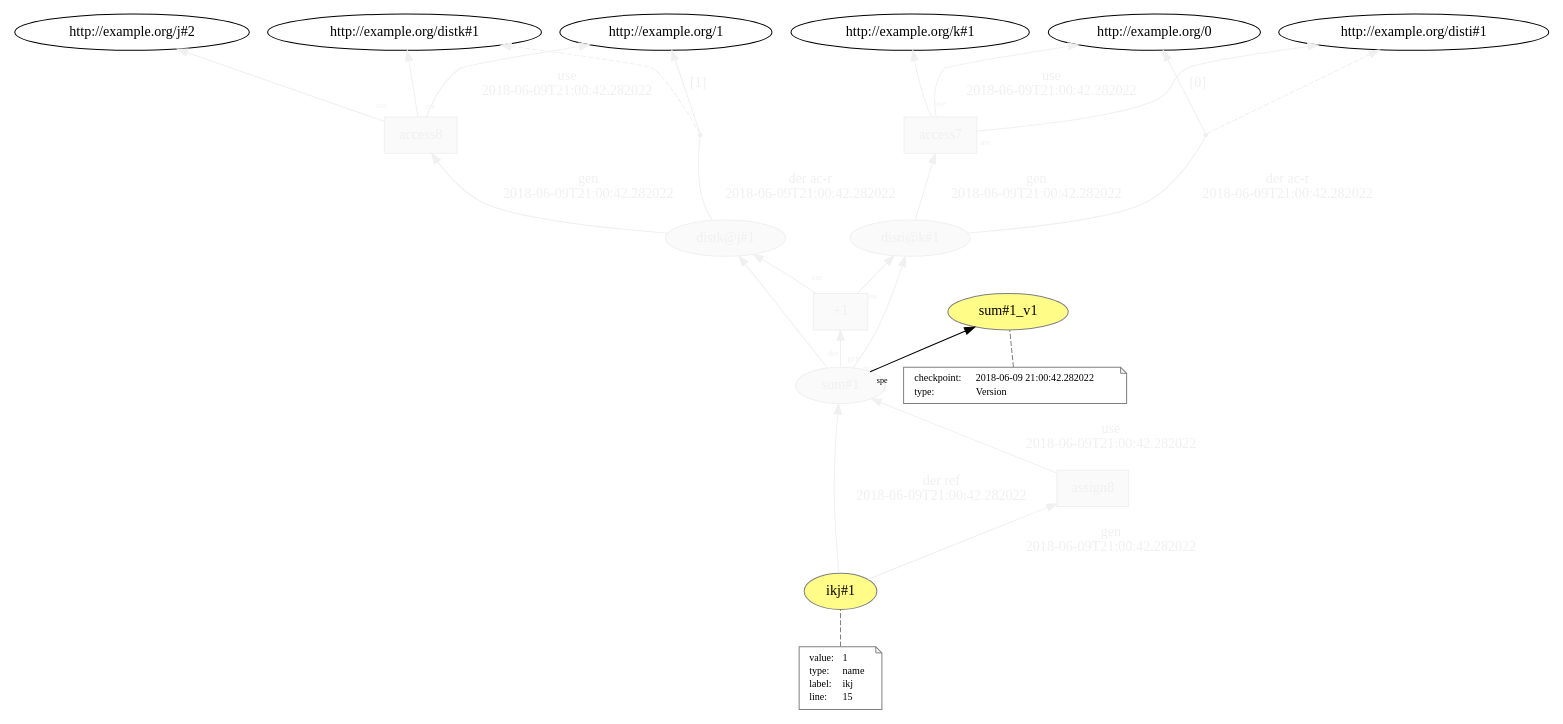
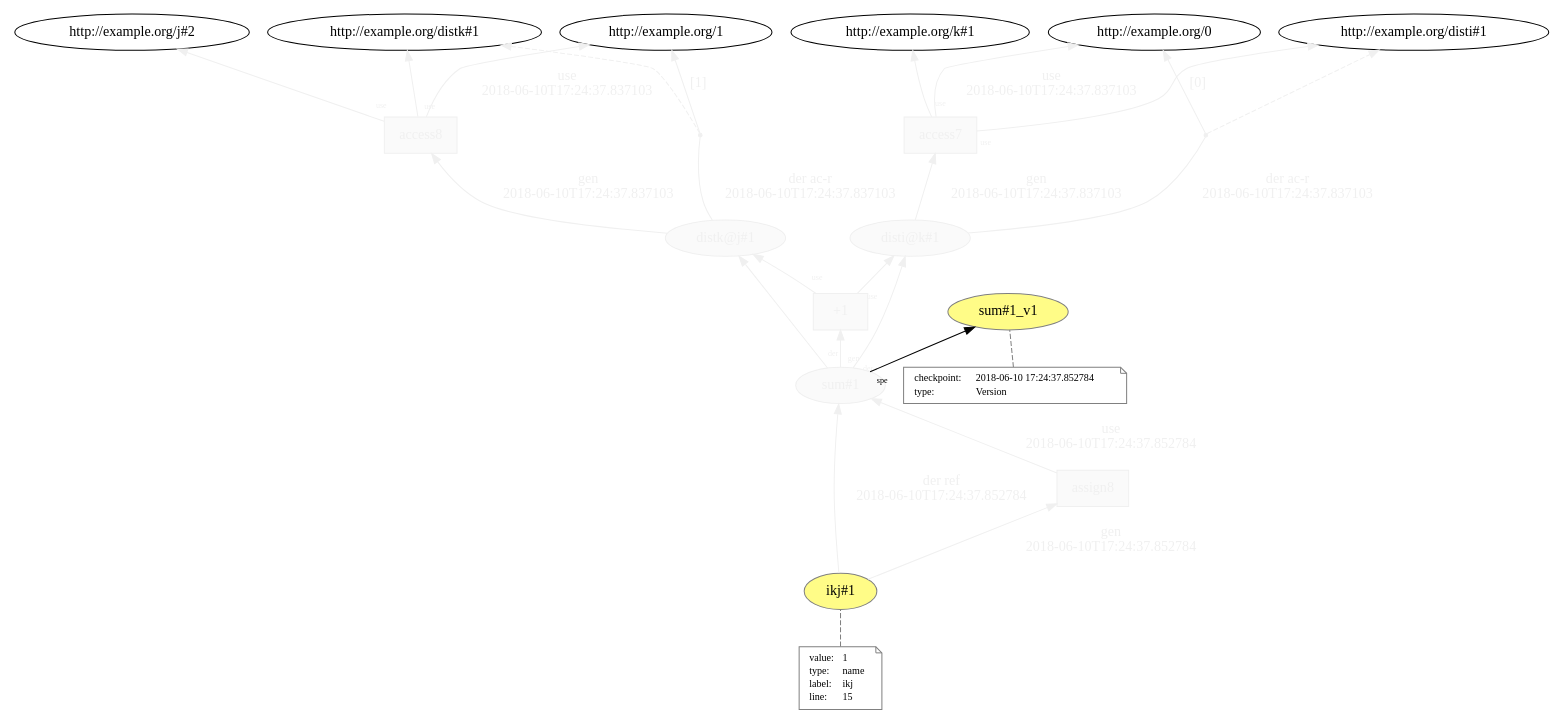
One commit to dew-uff/versioned-prov changed the diagram in generated/intertwined_prov/temp/L15__access__access__operation__assign.dot. Above: the diagram before and after it, drawn with Graphviz. The commit also changed 947 other files, not shown here.

```diff
--- a/generated/intertwined_prov/temp/L15__access__access__operation__assign.dot
+++ b/generated/intertwined_prov/temp/L15__access__access__operation__assign.dot
@@ -1,75 +1,75 @@
 digraph "PROV" { size="16,12"; rankdir="BT";
 "http://example.org/disti@k#1" [fillcolor="#FAFAFA",color="#F0F0F0",style="filled",fontcolor="#F0F0F0",label="disti@k#1",URL="http://example.org/disti@k#1"]
 "http://example.org/access7" [fillcolor="#FAFAFA",color="#F0F0F0",shape="polygon",sides="4",style="filled",fontcolor="#F0F0F0",label="access7",URL="http://example.org/access7"]
 "bn0" [shape="point",label="",fontcolor="#F0F0F0",color="#F0F0F0"]
 "http://example.org/disti@k#1" -> "bn0" [fontsize="14",distance="1.5",angle="60.0",rotation="20",label="der ac-r
-2018-06-09T21:00:42.282022",arrowhead="none",fontcolor="#F0F0F0",color="#F0F0F0"]
+2018-06-10T17:24:37.837103",arrowhead="none",fontcolor="#F0F0F0",color="#F0F0F0"]
 "bn0" -> "http://example.org/disti#1" [style="dashed",fontcolor="#F0F0F0",color="#F0F0F0"]
 "bn0" -> "http://example.org/0" [fontsize="14",distance="1.5",angle="60.0",rotation="20",label="[0]",fontcolor="#F0F0F0",color="#F0F0F0"]
 "http://example.org/access7" -> "http://example.org/disti#1" [labelfontsize="8",labeldistance="1.5",labelangle="60.0",rotation="20",taillabel="use",fontcolor="#F0F0F0",color="#F0F0F0"]
 "http://example.org/access7" -> "http://example.org/k#1" [labelfontsize="8",labeldistance="1.5",labelangle="60.0",rotation="20",taillabel="use",fontcolor="#F0F0F0",color="#F0F0F0"]
 "http://example.org/distk@j#1" [fillcolor="#FAFAFA",color="#F0F0F0",style="filled",fontcolor="#F0F0F0",label="distk@j#1",URL="http://example.org/distk@j#1"]
 "http://example.org/access8" [fillcolor="#FAFAFA",color="#F0F0F0",shape="polygon",sides="4",style="filled",fontcolor="#F0F0F0",label="access8",URL="http://example.org/access8"]
 "bn1" [shape="point",label="",fontcolor="#F0F0F0",color="#F0F0F0"]
 "http://example.org/distk@j#1" -> "bn1" [fontsize="14",distance="1.5",angle="60.0",rotation="20",label="der ac-r
-2018-06-09T21:00:42.282022",arrowhead="none",fontcolor="#F0F0F0",color="#F0F0F0"]
+2018-06-10T17:24:37.837103",arrowhead="none",fontcolor="#F0F0F0",color="#F0F0F0"]
 "bn1" -> "http://example.org/distk#1" [style="dashed",fontcolor="#F0F0F0",color="#F0F0F0"]
 "bn1" -> "http://example.org/1" [fontsize="14",distance="1.5",angle="60.0",rotation="20",label="[1]",fontcolor="#F0F0F0",color="#F0F0F0"]
 "http://example.org/access8" -> "http://example.org/distk#1" [labelfontsize="8",labeldistance="1.5",labelangle="60.0",rotation="20",taillabel="use",fontcolor="#F0F0F0",color="#F0F0F0"]
 "http://example.org/access8" -> "http://example.org/j#2" [labelfontsize="8",labeldistance="1.5",labelangle="60.0",rotation="20",taillabel="use",fontcolor="#F0F0F0",color="#F0F0F0"]
 "http://example.org/sum#1" [fillcolor="#FAFAFA",color="#F0F0F0",style="filled",fontcolor="#F0F0F0",label="sum#1",URL="http://example.org/sum#1"]
 "http://example.org/sum#1_v1" [fillcolor="#FFFC87",color="#808080",style="filled",label="sum#1_v1",URL="http://example.org/sum#1_v1"]
 "http://example.org/sum#1_v1-attrs" [color="gray",shape="note",fontsize="10",fontcolor="black",label=<<TABLE cellpadding="0" border="0">
 	<TR>
 	    <TD align="left">checkpoint:</TD>
-	    <TD align="left">2018-06-09 21:00:42.282022</TD>
+	    <TD align="left">2018-06-10 17:24:37.852784</TD>
 	</TR>
 	<TR>
 	    <TD align="left">type:</TD>
 	    <TD align="left">Version</TD>
 	</TR>
 </TABLE>>]
 "http://example.org/sum#1_v1-attrs" -> "http://example.org/sum#1_v1" [color="gray",style="dashed",arrowhead="none"]
 "http://example.org/sum#1" -> "http://example.org/sum#1_v1" [labelfontsize="8",labeldistance="1.5",labelangle="60.0",rotation="20",taillabel="spe"]
 "http://example.org/+1" [fillcolor="#FAFAFA",color="#F0F0F0",shape="polygon",sides="4",style="filled",fontcolor="#F0F0F0",label="+1",URL="http://example.org/+1"]
 "http://example.org/sum#1" -> "http://example.org/disti@k#1" [labelfontsize="8",labeldistance="1.5",labelangle="60.0",rotation="20",taillabel="der",fontcolor="#F0F0F0",color="#F0F0F0"]
 "http://example.org/sum#1" -> "http://example.org/distk@j#1" [labelfontsize="8",labeldistance="1.5",labelangle="60.0",rotation="20",taillabel="der",fontcolor="#F0F0F0",color="#F0F0F0"]
 "http://example.org/ikj#1" [fillcolor="#FFFC87",color="#808080",style="filled",label="ikj#1",URL="http://example.org/ikj#1"]
 "http://example.org/ikj#1-attrs" [color="gray",shape="note",fontsize="10",fontcolor="black",label=<<TABLE cellpadding="0" border="0">
 	<TR>
 	    <TD align="left">value:</TD>
 	    <TD align="left">1</TD>
 	</TR>
 	<TR>
 	    <TD align="left">type:</TD>
 	    <TD align="left">name</TD>
 	</TR>
 	<TR>
 	    <TD align="left">label:</TD>
 	    <TD align="left">ikj</TD>
 	</TR>
 	<TR>
 	    <TD align="left">line:</TD>
 	    <TD align="left">15</TD>
 	</TR>
 </TABLE>>]
 "http://example.org/ikj#1-attrs" -> "http://example.org/ikj#1" [color="gray",style="dashed",arrowhead="none"]
 "http://example.org/assign8" [fillcolor="#FAFAFA",color="#F0F0F0",shape="polygon",sides="4",style="filled",fontcolor="#F0F0F0",label="assign8",URL="http://example.org/assign8"]
 "http://example.org/ikj#1" -> "http://example.org/sum#1" [fontsize="14",distance="1.5",angle="60.0",rotation="20",label="der ref
-2018-06-09T21:00:42.282022",fontcolor="#F0F0F0",color="#F0F0F0"]
+2018-06-10T17:24:37.852784",fontcolor="#F0F0F0",color="#F0F0F0"]
+"http://example.org/+1" -> "http://example.org/distk@j#1" [labelfontsize="8",labeldistance="1.5",labelangle="60.0",rotation="20",taillabel="use",fontcolor="#F0F0F0",color="#F0F0F0"]
+"http://example.org/assign8" -> "http://example.org/sum#1" [fontsize="14",distance="1.5",angle="60.0",rotation="20",label="use
+2018-06-10T17:24:37.852784",fontcolor="#F0F0F0",color="#F0F0F0"]
 "http://example.org/access7" -> "http://example.org/0" [fontsize="14",distance="1.5",angle="60.0",rotation="20",label="use
-2018-06-09T21:00:42.282022",fontcolor="#F0F0F0",color="#F0F0F0"]
+2018-06-10T17:24:37.837103",fontcolor="#F0F0F0",color="#F0F0F0"]
+"http://example.org/access8" -> "http://example.org/1" [fontsize="14",distance="1.5",angle="60.0",rotation="20",label="use
+2018-06-10T17:24:37.837103",fontcolor="#F0F0F0",color="#F0F0F0"]
 "http://example.org/+1" -> "http://example.org/disti@k#1" [labelfontsize="8",labeldistance="1.5",labelangle="60.0",rotation="20",taillabel="use",fontcolor="#F0F0F0",color="#F0F0F0"]
-"http://example.org/access8" -> "http://example.org/1" [fontsize="14",distance="1.5",angle="60.0",rotation="20",label="use
-2018-06-09T21:00:42.282022",fontcolor="#F0F0F0",color="#F0F0F0"]
-"http://example.org/assign8" -> "http://example.org/sum#1" [fontsize="14",distance="1.5",angle="60.0",rotation="20",label="use
-2018-06-09T21:00:42.282022",fontcolor="#F0F0F0",color="#F0F0F0"]
-"http://example.org/+1" -> "http://example.org/distk@j#1" [labelfontsize="8",labeldistance="1.5",labelangle="60.0",rotation="20",taillabel="use",fontcolor="#F0F0F0",color="#F0F0F0"]
+"http://example.org/distk@j#1" -> "http://example.org/access8" [fontsize="14",distance="1.5",angle="60.0",rotation="20",label="gen
+2018-06-10T17:24:37.837103",fontcolor="#F0F0F0",color="#F0F0F0"]
+"http://example.org/ikj#1" -> "http://example.org/assign8" [fontsize="14",distance="1.5",angle="60.0",rotation="20",label="gen
+2018-06-10T17:24:37.852784",fontcolor="#F0F0F0",color="#F0F0F0"]
+"http://example.org/disti@k#1" -> "http://example.org/access7" [fontsize="14",distance="1.5",angle="60.0",rotation="20",label="gen
+2018-06-10T17:24:37.837103",fontcolor="#F0F0F0",color="#F0F0F0"]
 "http://example.org/sum#1" -> "http://example.org/+1" [labelfontsize="8",labeldistance="1.5",labelangle="60.0",rotation="20",taillabel="gen",fontcolor="#F0F0F0",color="#F0F0F0"]
-"http://example.org/ikj#1" -> "http://example.org/assign8" [fontsize="14",distance="1.5",angle="60.0",rotation="20",label="gen
-2018-06-09T21:00:42.282022",fontcolor="#F0F0F0",color="#F0F0F0"]
-"http://example.org/disti@k#1" -> "http://example.org/access7" [fontsize="14",distance="1.5",angle="60.0",rotation="20",label="gen
-2018-06-09T21:00:42.282022",fontcolor="#F0F0F0",color="#F0F0F0"]
-"http://example.org/distk@j#1" -> "http://example.org/access8" [fontsize="14",distance="1.5",angle="60.0",rotation="20",label="gen
-2018-06-09T21:00:42.282022",fontcolor="#F0F0F0",color="#F0F0F0"]
 }
```
